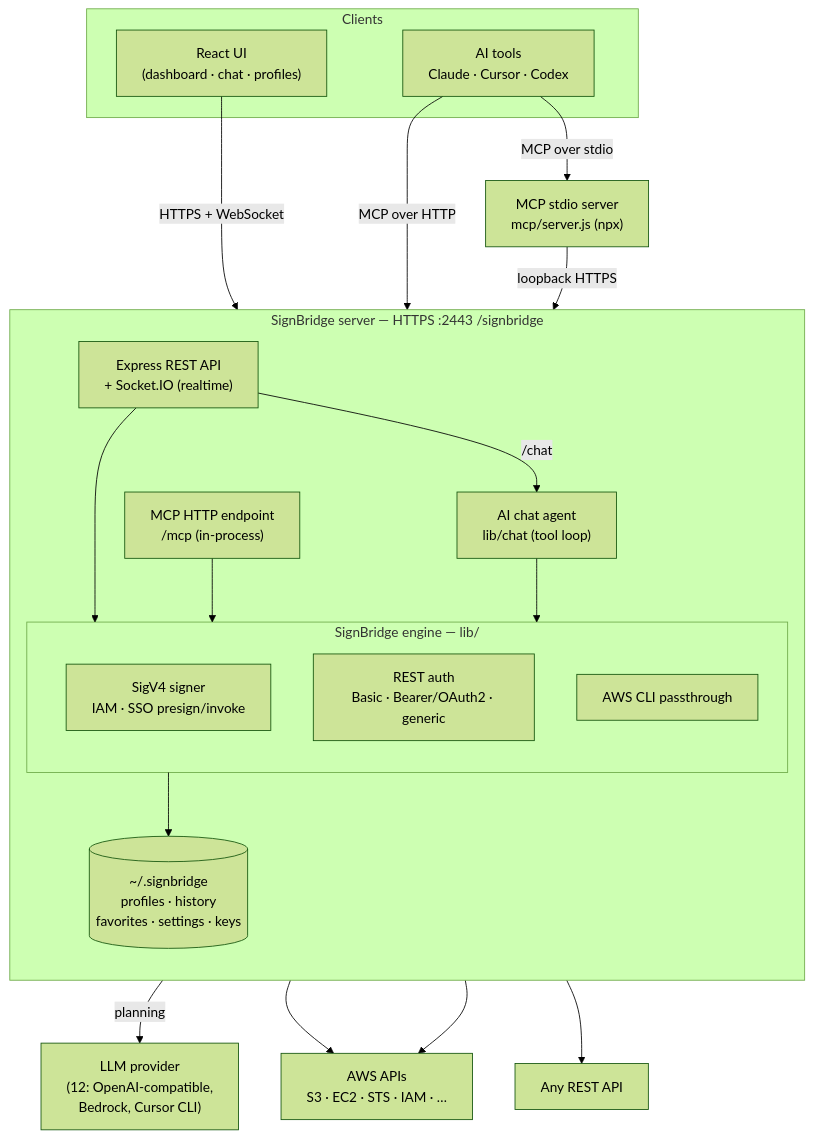
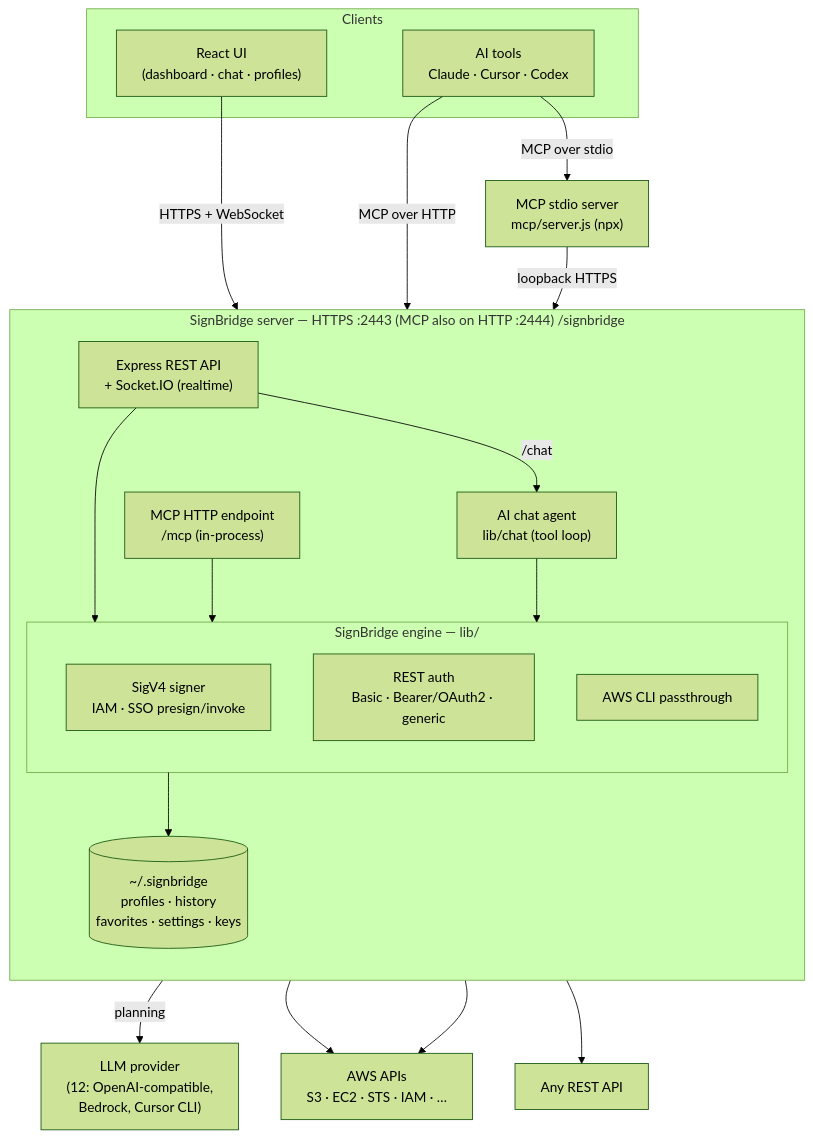
One commit to rajesh-bijja/signbridge changed the first of 2 diagrams in README.md. Above: the diagram before and after it, drawn with Mermaid (forest theme). The commit also changed other lines of this file and 9 other files, not shown here.

First line of the commit message:
Serve MCP over HTTP on 2444 so MCP clients can actually connect

````diff
--- a/README.md
+++ b/README.md
@@ -959,41 +969,41 @@
 ```mermaid
 flowchart TB
     subgraph Clients["Clients"]
         UI["React UI<br/>(dashboard · chat · profiles)"]
         AItools["AI tools<br/>Claude · Cursor · Codex"]
     end
 
-    subgraph Server["SignBridge server — HTTPS :2443 /signbridge"]
+    subgraph Server["SignBridge server — HTTPS :2443 (MCP also on HTTP :2444) /signbridge"]
         direction TB
         REST["Express REST API<br/>+ Socket.IO (realtime)"]
         MCPH["MCP HTTP endpoint<br/>/mcp (in-process)"]
         CHAT["AI chat agent<br/>lib/chat (tool loop)"]
         subgraph Engine["SignBridge engine — lib/"]
             SIG["SigV4 signer<br/>IAM · SSO presign/invoke"]
             RESTAUTH["REST auth<br/>Basic · Bearer/OAuth2 · generic"]
             CLI["AWS CLI passthrough"]
         end
         STORE[("~/.signbridge<br/>profiles · history<br/>favorites · settings · keys")]
     end
 
     MCPSTDIO["MCP stdio server<br/>mcp/server.js (npx)"]
     AWS["AWS APIs<br/>S3 · EC2 · STS · IAM · …"]
     REMOTE["Any REST API"]
     LLM["LLM provider<br/>(12: OpenAI-compatible,<br/>Bedrock, Cursor CLI)"]
 
     UI -->|HTTPS + WebSocket| REST
     AItools -->|MCP over HTTP| MCPH
     AItools -->|MCP over stdio| MCPSTDIO
     MCPSTDIO -->|loopback HTTPS| REST
 
     REST --> Engine
     MCPH --> Engine
     CHAT --> Engine
     REST -->|/chat| CHAT
     CHAT -->|planning| LLM
 
     Engine --> STORE
     SIG --> AWS
     RESTAUTH --> REMOTE
     CLI --> AWS
 ```
````
